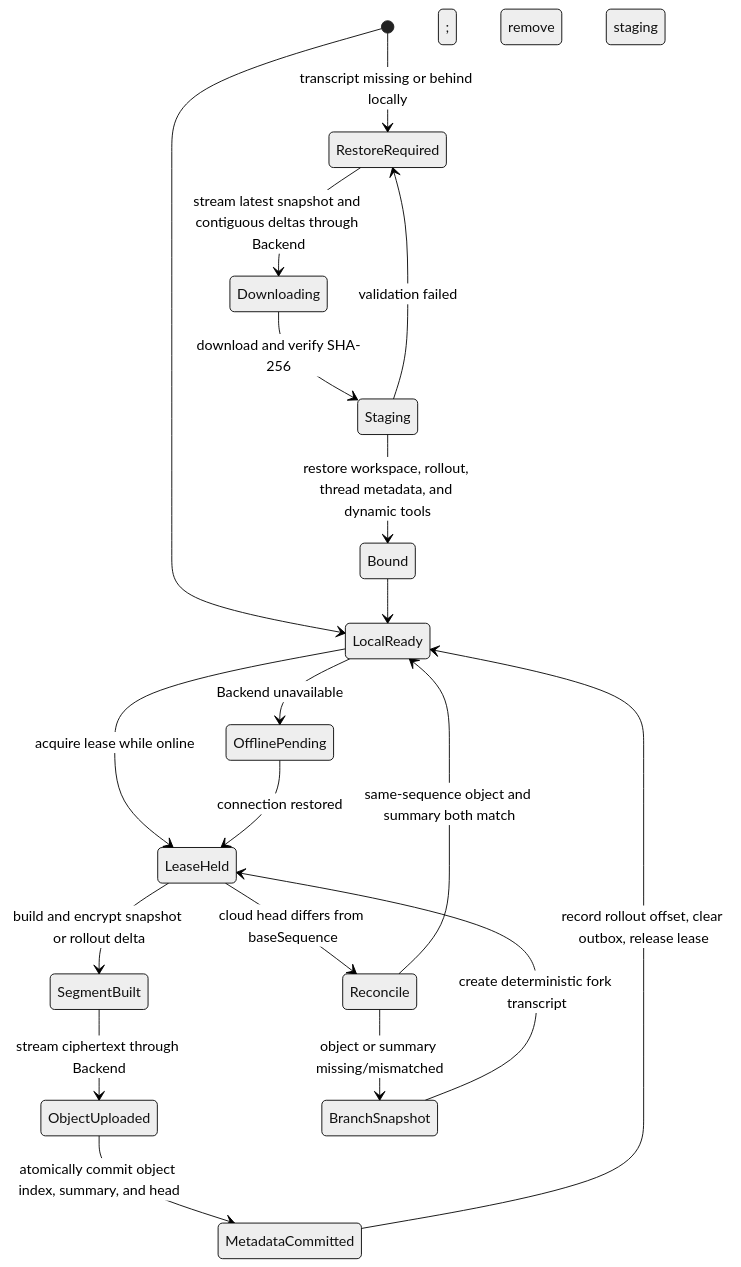
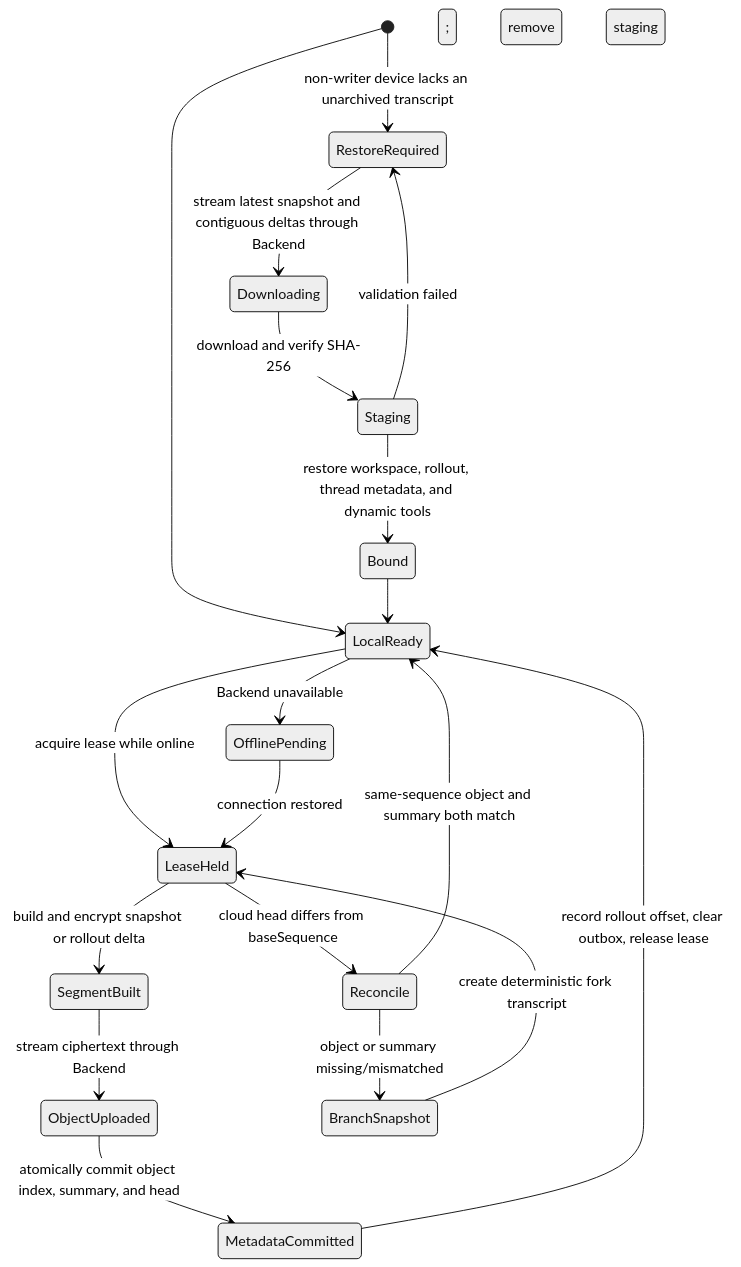
The diagram in docs/en/wework/developer-guide/wework-transcript-sync.md (wecode-ai/Wegent), drawn with Mermaid (neutral theme) before and after one commit. The commit also changed other lines of this file and 8 other files, not shown here.

````diff
--- a/docs/en/wework/developer-guide/wework-transcript-sync.md
+++ b/docs/en/wework/developer-guide/wework-transcript-sync.md
@@ -86,23 +95,23 @@
 ```mermaid
 stateDiagram-v2
     [*] --> LocalReady
     LocalReady --> LeaseHeld: acquire lease while online
     LocalReady --> OfflinePending: Backend unavailable
     OfflinePending --> LeaseHeld: connection restored
     LeaseHeld --> SegmentBuilt: build and encrypt snapshot or rollout delta
     SegmentBuilt --> ObjectUploaded: stream ciphertext through Backend
     ObjectUploaded --> MetadataCommitted: atomically commit object index, summary, and head
     MetadataCommitted --> LocalReady: record rollout offset, clear outbox, release lease
 
     LeaseHeld --> Reconcile: cloud head differs from baseSequence
     Reconcile --> LocalReady: same-sequence object and summary both match
     Reconcile --> BranchSnapshot: object or summary missing/mismatched
     BranchSnapshot --> LeaseHeld: create deterministic fork transcript
 
-    [*] --> RestoreRequired: transcript missing or behind locally
+    [*] --> RestoreRequired: non-writer device lacks an unarchived transcript
     RestoreRequired --> Downloading: stream latest snapshot and contiguous deltas through Backend
     Downloading --> Staging: download and verify SHA-256
     Staging --> Bound: restore workspace, rollout, thread metadata, and dynamic tools
     Staging --> RestoreRequired: validation failed; remove staging
     Bound --> LocalReady
 ```
````
